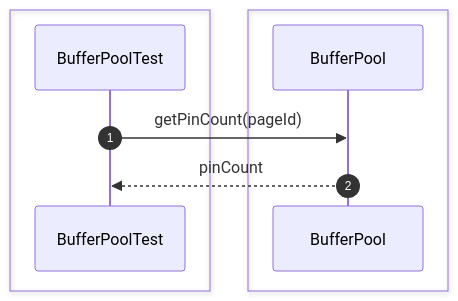
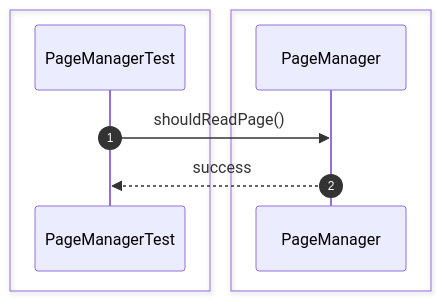
Before and after one commit to Huy1801214/dbms-architecture: diagram 11 of 44 in src/sequence/storage-engine.md, drawn with Mermaid. The commit also changed other lines of this file and 68 other files, not shown here.

Commit message:
implement comprehensive unit test suite and architectural sequence documentation

````diff
--- a/src/sequence/storage-engine.md
+++ b/src/sequence/storage-engine.md
@@ -184,14 +158,13 @@
 ```mermaid
 sequenceDiagram
     autonumber
-
     box #e1f5fe Test Suite
-    participant Test as BufferPoolTest
+    participant Test as PageManagerTest
     end
-    box #e0f2f1 Storage Components
-    participant Buffer as BufferPool
+    box #e0f2f1 PageManager Component
+    participant PM as PageManager
     end
 
-    Test->>Buffer: getPinCount(pageId)
-    Buffer-->>Test: pinCount
+    Test->>PM: shouldReadPage()
+    PM-->>Test: success
 ```
````
